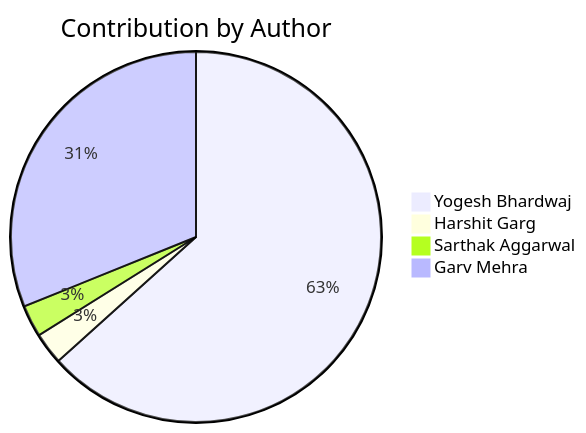
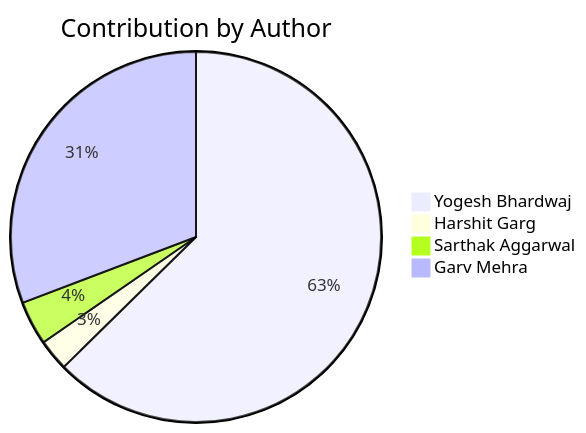
One commit to Yogesh-Bhardwaj-hue/Scm-Final_2.0 changed the second of 2 diagrams in README.md. Above: the diagram before and after it, drawn with Mermaid. The commit also changed other lines of this file, not shown here.

Commit message:
Update contribution charts

````diff
--- a/README.md
+++ b/README.md
@@ -192,7 +192,7 @@
 ```mermaid
 pie title Contribution by Author
     "Yogesh Bhardwaj": 114
     "Harshit Garg": 5
-    "Sarthak Aggarwal": 5
+    "Sarthak Aggarwal": 7
     "Garv Mehra": 56
 ```
````
